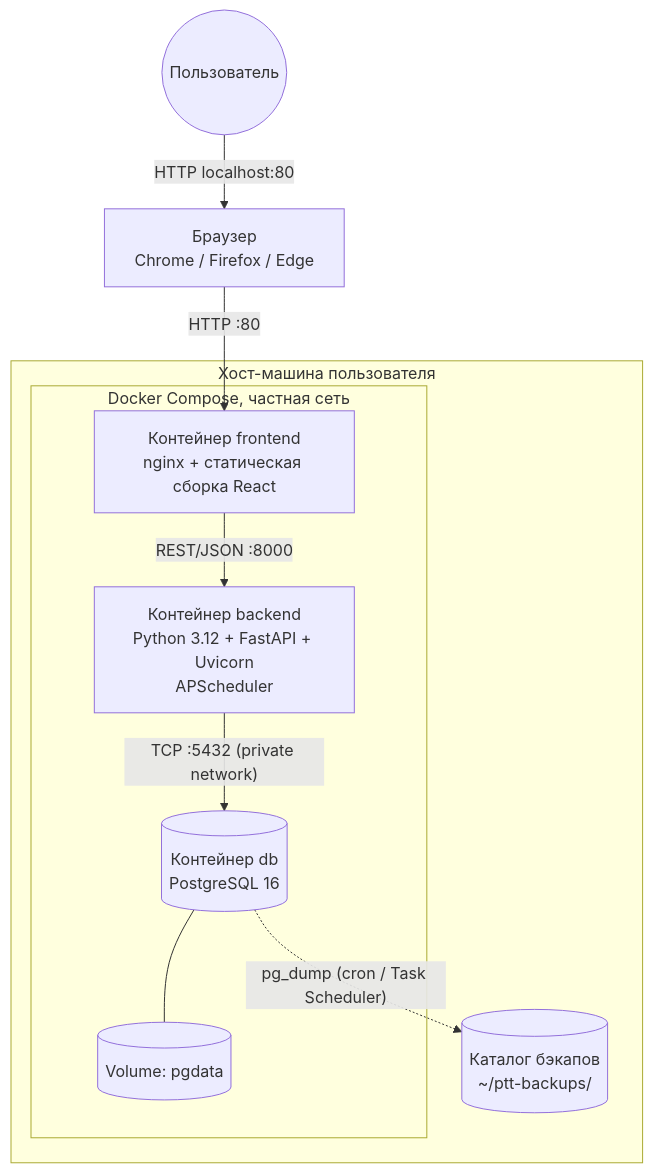
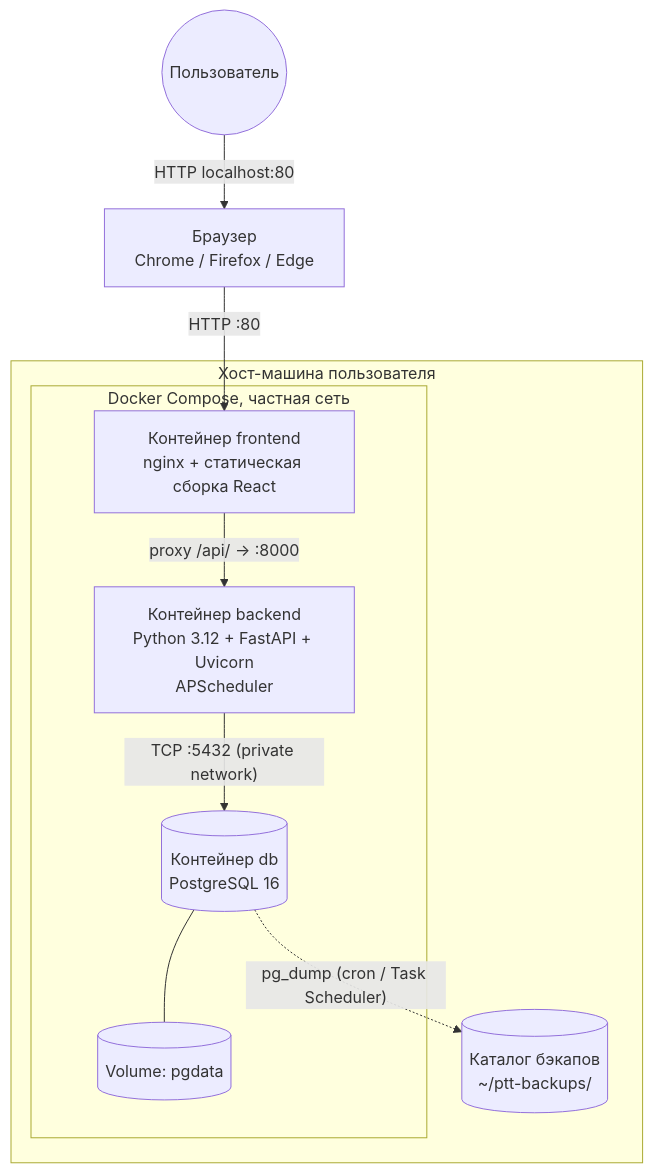
Before and after one commit to murk13hack/bd_curs: the third of 3 diagrams in ТЗ.md, drawn with Mermaid. The commit also changed other lines of this file, not shown here.

First line of the commit message:
docs: align TZ.md with actual DB schema and API

````diff
--- a/ТЗ.md
+++ b/ТЗ.md
@@ -1106,24 +1153,24 @@
 ```mermaid
 flowchart TB
     User((Пользователь))
     Browser["Браузер<br/>Chrome / Firefox / Edge"]
 
     User -->|"HTTP localhost:80"| Browser
 
     subgraph Host [Хост-машина пользователя]
         subgraph Compose [Docker Compose, частная сеть]
             FE["Контейнер frontend<br/>nginx + статическая сборка React"]
             BE["Контейнер backend<br/>Python 3.12 + FastAPI + Uvicorn<br/>APScheduler"]
             DB[("Контейнер db<br/>PostgreSQL 16")]
             Vol[("Volume: pgdata")]
         end
 
         Backups[("Каталог бэкапов<br/>~/ptt-backups/")]
     end
 
     Browser -->|"HTTP :80"| FE
-    FE -->|"REST/JSON :8000"| BE
+    FE -->|"proxy /api/ → :8000"| BE
     BE -->|"TCP :5432 (private network)"| DB
     DB --- Vol
     DB -.->|"pg_dump (cron / Task Scheduler)"| Backups
 ```
````
